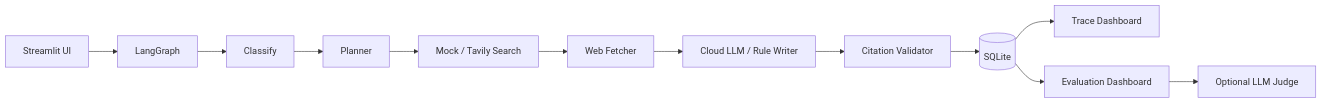
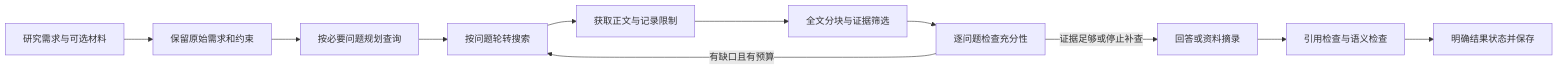
The diagram in README.md (IamJUNK/AgentScout), drawn with Mermaid before and after one commit. The commit also changed other lines of this file and 35 other files, not shown here.

````diff
--- a/README.md
+++ b/README.md
@@ -19,14 +7,13 @@
 ```mermaid
 flowchart LR
-    UI[Streamlit UI] --> G[LangGraph]
-    G --> C[Classify]
-    C --> P[Planner]
-    P --> S[Mock / Tavily Search]
-    S --> F[Web Fetcher]
-    F --> W[Cloud LLM / Rule Writer]
-    W --> V[Citation Validator]
-    V --> DB[(SQLite)]
-    DB --> T[Trace Dashboard]
-    DB --> E[Evaluation Dashboard]
-    E --> J[Optional LLM Judge]
+    A[研究需求与可选材料] --> B[保留原始需求和约束]
+    B --> C[按必要问题规划查询]
+    C --> D[按问题轮转搜索]
+    D --> E[获取正文与记录限制]
+    E --> F[全文分块与证据筛选]
+    F --> G[逐问题检查充分性]
+    G -->|有缺口且有预算| D
+    G -->|证据足够或停止补查| H[回答或资料摘录]
+    H --> I[引用检查与语义检查]
+    I --> J[明确结果状态并保存]
 ```
````
